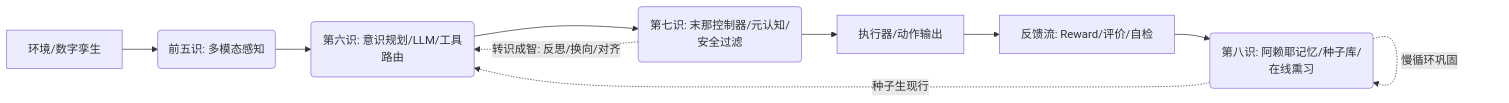
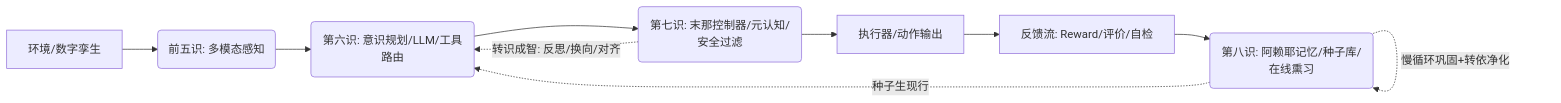
The diagram in README.md (Greatbeing/yogacara-agent), drawn with Mermaid before and after one commit. The commit also changed other lines of this file and 8 other files, not shown here.

````diff
--- a/README.md
+++ b/README.md
@@ -10,12 +10,12 @@
 ```mermaid
 graph LR
   A[环境/数字孪生] --> B(前五识: 多模态感知)
   B --> C(第六识: 意识规划/LLM/工具路由)
   C --> D(第七识: 末那控制器/元认知/安全过滤)
   D --> E[执行器/动作输出]
   E --> F[反馈流: Reward/评价/自检]
   F --> G(第八识: 阿赖耶记忆/种子库/在线熏习)
   G -. 种子生现行 .-> C
-  G -. 慢循环巩固 .-> G
+  G -. 慢循环巩固+转依净化 .-> G
   D -. 转识成智: 反思/换向/对齐 .-> C
 ```
````
